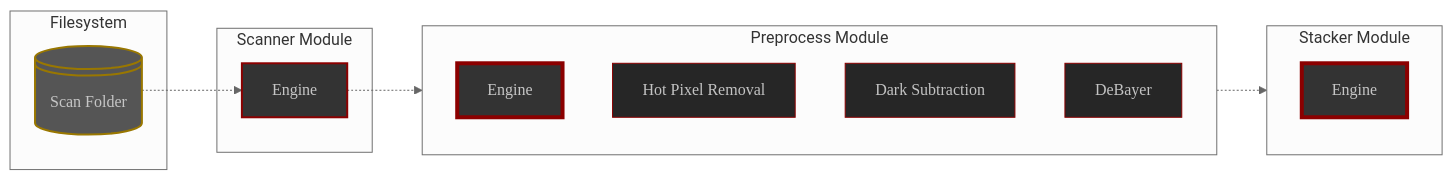
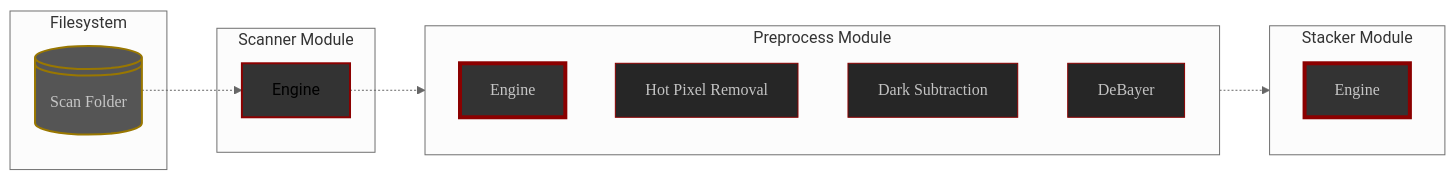
One commit to deufrai/als changed the first of 2 diagrams in content/en/docs/v0.7/reference/_index.md. Above: the diagram before and after it, drawn with Mermaid (neutral theme). The commit also changed other lines of this file and 1 other file, not shown here.

Commit message:
refactor refdoc page's mermaid graph to use classes

````diff
--- a/content/en/docs/v0.7/reference/_index.md
+++ b/content/en/docs/v0.7/reference/_index.md
@@ -93,42 +93,42 @@
 ```mermaid
 flowchart LR
 
     subgraph Filesystem
         SCAN_FOLDER@{ shape: lin-cyl, label: "Scan Folder" }
     end
         
     subgraph Scanner Module 
         SCANNER_ENGINE[Engine]
     end
            
     subgraph Preprocess Module
         direction TB
         PREPROCESS_ENGINE[Engine]
         HOT_PIXEL[Hot Pixel Removal]
         DARK_SUB[Dark Subtraction]
         DEBAYER[DeBayer]
     end  
 
     subgraph Stacker Module
         direction TB
         STACK_ENGINE[Engine]
     end
 
     SCAN_FOLDER -.-> SCANNER_ENGINE
     SCANNER_ENGINE -.-> PREPROCESS_ENGINE
     PREPROCESS_ENGINE -.-> STACK_ENGINE
     
-
-
-    style SCANNER_ENGINE fill:#333,stroke:darkred,stroke-width:2px,color:#c6c6c6,font-family:'Poppins',sans-serif
+    classDef module fill:#333,stroke:darkred,stroke-width:2px
+    classDef main_module fill:#333,stroke:darkred,stroke-width:4px,color:#c6c6c6,font-family:'Poppins',sans-serif
+    classDef process fill:#262626,stroke:darkred,stroke-width:1px,color:#c3c3c3,font-family:'Poppins',sans-serif
+    classDef folder fill:#555,stroke:#970,stroke-width:2px,color:#c6c6c6,font-family:'Poppins',sans-serif
+    classDef display fill:#555,stroke:#222,stroke-width:2px,color:#c6c6c6,font-family:'Poppins',sans-serif
     
-    style PREPROCESS_ENGINE fill:#333,stroke:darkred,stroke-width:4px,color:#c6c6c6,font-family:'Poppins',sans-serif
-    style STACK_ENGINE fill:#333,stroke:darkred,stroke-width:4px,color:#c6c6c6,font-family:'Poppins',sans-serif
-
-
-    style HOT_PIXEL  fill:#262626,stroke:darkred,stroke-width:1px,color:#c3c3c3,font-family:'Poppins',sans-serif
-    style DARK_SUB fill:#262626,stroke:darkred,stroke-width:1px,color:#c3c3c3,font-family:'Poppins',sans-serif
-    style DEBAYER fill:#262626,stroke:darkred,stroke-width:1px,color:#c3c3c3,font-family:'Poppins',sans-serif
-
-    style SCAN_FOLDER fill:#555,stroke:#970,stroke-width:2px,color:#c6c6c6,font-family:'Poppins',sans-serif
+    class SCANNER_ENGINE module
+    class PREPROCESS_ENGINE main_module
+    class STACK_ENGINE main_module
+    class HOT_PIXEL process
+    class DARK_SUB process
+    class DEBAYER process
+    class SCAN_FOLDER folder
 ```
````
